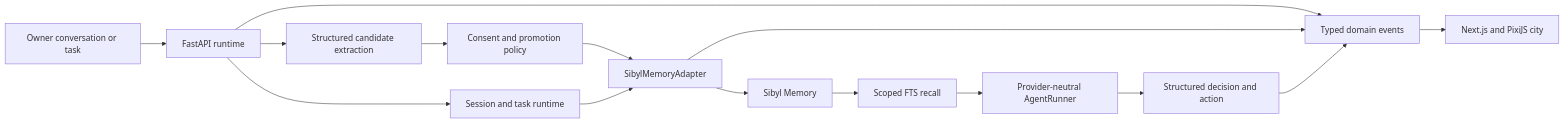
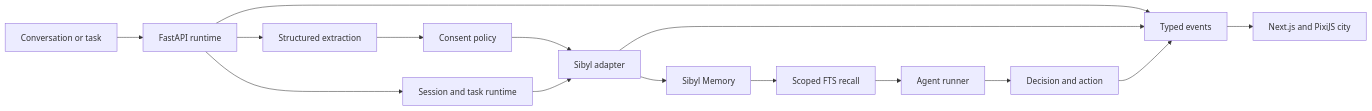
Before and after one commit to Anand-0038/abrain: the diagram in README.md, drawn with Mermaid. The commit also changed other lines of this file and 2 other files, not shown here.

````diff
--- a/README.md
+++ b/README.md
@@ -70,17 +57,17 @@
 ```mermaid
 flowchart LR
-    O["Owner conversation or task"] --> API["FastAPI runtime"]
-    API --> X["Structured candidate extraction"]
-    X --> P["Consent and promotion policy"]
-    P --> M["SibylMemoryAdapter"]
+    O["Conversation or task"] --> API["FastAPI runtime"]
+    API --> X["Structured extraction"]
+    X --> P["Consent policy"]
+    P --> M["Sibyl adapter"]
     M --> S["Sibyl Memory"]
-    API --> K["Session and task runtime"]
-    K --> M
+    API --> T["Session and task runtime"]
+    T --> M
     S --> R["Scoped FTS recall"]
-    R --> A["Provider-neutral AgentRunner"]
-    A --> D["Structured decision and action"]
-    API --> E["Typed domain events"]
+    R --> A["Agent runner"]
+    A --> D["Decision and action"]
+    API --> E["Typed events"]
     M --> E
     D --> E
     E --> W["Next.js and PixiJS city"]
 ```
````
